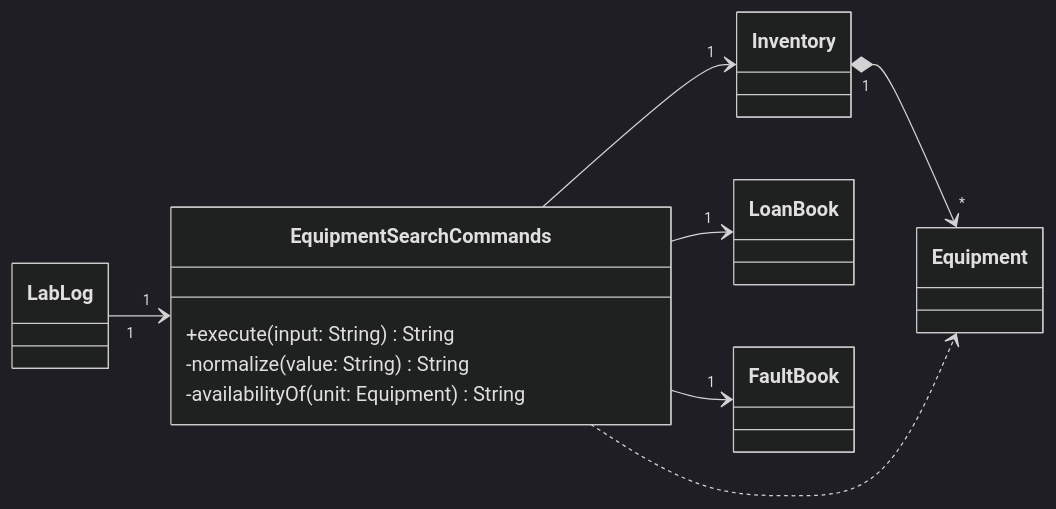
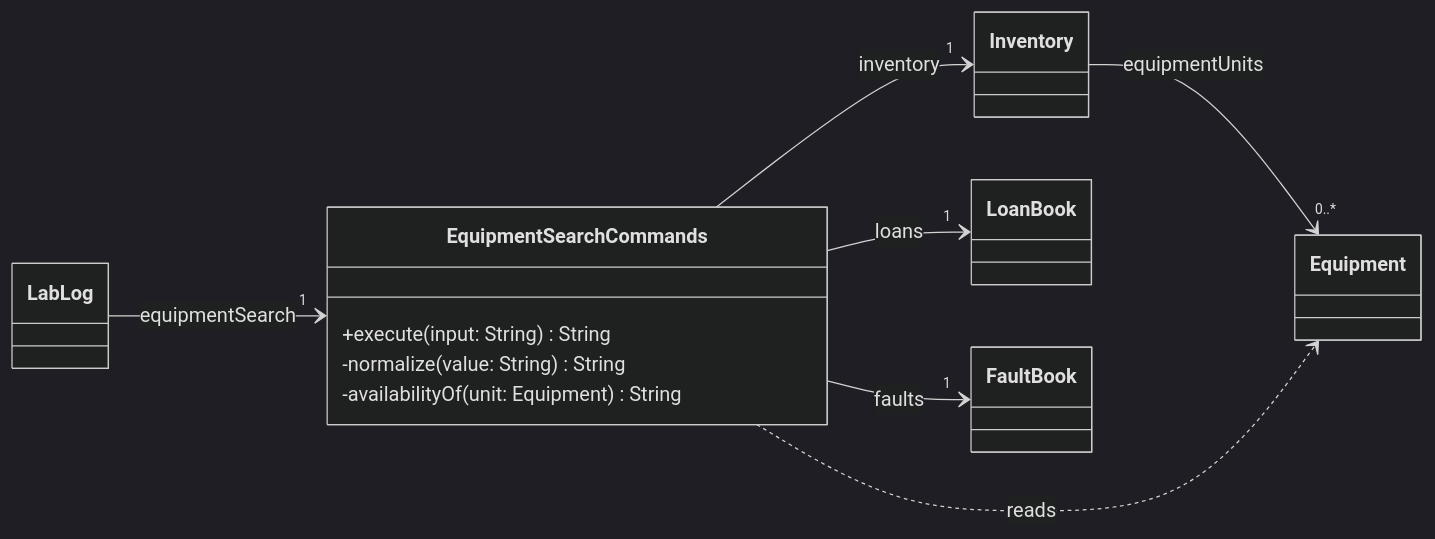
The fourth of 15 diagrams in docs/DeveloperGuide.md (AY2627S1-CS2113-W13-3/tp), drawn with Mermaid (dark theme) before and after one commit. The commit also changed other lines of this file, not shown here.

First line of the commit message:
Docs: Align class diagrams with UML conventions

````diff
--- a/docs/DeveloperGuide.md
+++ b/docs/DeveloperGuide.md
@@ -305,15 +322,15 @@
 ```mermaid
 classDiagram
     direction LR
-    LabLog "1" --> "1" EquipmentSearchCommands
-    EquipmentSearchCommands --> "1" Inventory
-    EquipmentSearchCommands --> "1" LoanBook
-    EquipmentSearchCommands --> "1" FaultBook
-    Inventory "1" *--> "*" Equipment
-    EquipmentSearchCommands ..> Equipment
+    LabLog --> "1" EquipmentSearchCommands : equipmentSearch
+    EquipmentSearchCommands --> "1" Inventory : inventory
+    EquipmentSearchCommands --> "1" LoanBook : loans
+    EquipmentSearchCommands --> "1" FaultBook : faults
+    Inventory --> "0..*" Equipment : equipmentUnits
+    EquipmentSearchCommands ..> Equipment : reads
     class EquipmentSearchCommands {
         +execute(input: String) String
         -normalize(value: String) String
         -availabilityOf(unit: Equipment) String
     }
 ```
````
